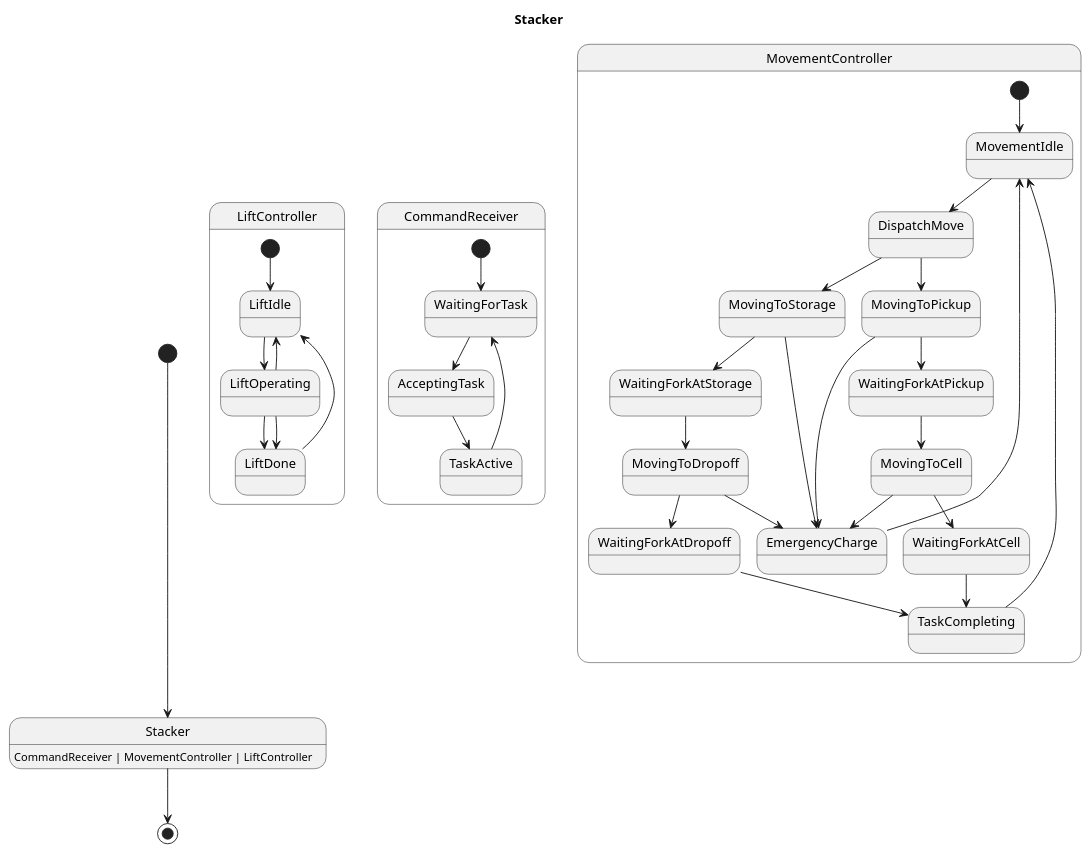
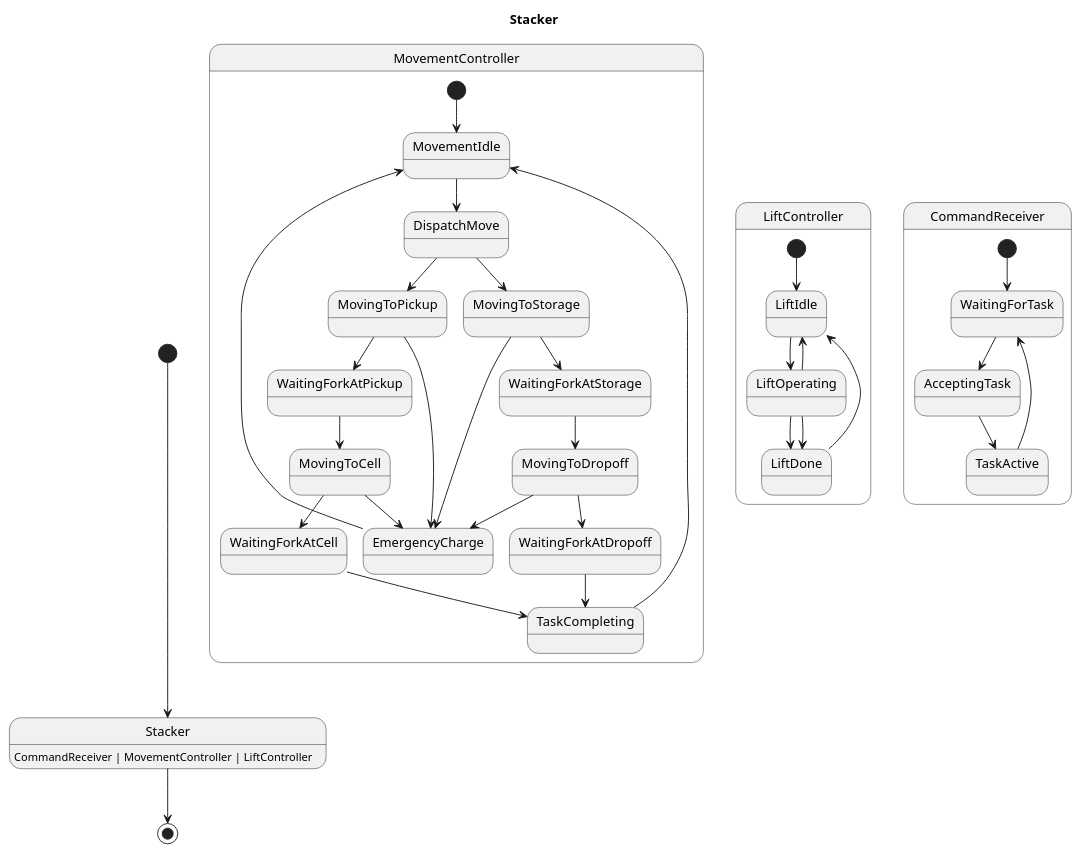
Before and after one commit to Pastor/Takt: the diagram in examples/generated/plantuml/stacker.puml, drawn with PlantUML. The commit also changed other lines of this file and 7 other files, not shown here.

```diff
--- a/examples/generated/plantuml/stacker.puml
+++ b/examples/generated/plantuml/stacker.puml
@@ -1,45 +1,45 @@
 @startuml
 title Stacker
 
 [*] --> Stacker
 Stacker : CommandReceiver | MovementController | LiftController
 Stacker --> [*]
 
+state MovementController {
+    [*] --> MovementIdle
+    TaskCompleting --> MovementIdle
+    WaitingForkAtStorage --> MovingToDropoff
+    MovementIdle --> DispatchMove
+    WaitingForkAtDropoff --> TaskCompleting
+    MovingToCell --> WaitingForkAtCell
+    MovingToCell --> EmergencyCharge
+    WaitingForkAtPickup --> MovingToCell
+    MovingToDropoff --> WaitingForkAtDropoff
+    MovingToDropoff --> EmergencyCharge
+    EmergencyCharge --> MovementIdle
+    MovingToStorage --> WaitingForkAtStorage
+    MovingToStorage --> EmergencyCharge
+    WaitingForkAtCell --> TaskCompleting
+    DispatchMove --> MovingToPickup
+    DispatchMove --> MovingToStorage
+    MovingToPickup --> WaitingForkAtPickup
+    MovingToPickup --> EmergencyCharge
+}
+
 state LiftController {
     [*] --> LiftIdle
+    LiftIdle --> LiftOperating
     LiftOperating --> LiftDone
     LiftOperating --> LiftDone
     LiftOperating --> LiftIdle
-    LiftIdle --> LiftOperating
     LiftDone --> LiftIdle
 }
 
 state CommandReceiver {
     [*] --> WaitingForTask
+    TaskActive --> WaitingForTask
     WaitingForTask --> AcceptingTask
     AcceptingTask --> TaskActive
-    TaskActive --> WaitingForTask
-}
-
-state MovementController {
-    [*] --> MovementIdle
-    EmergencyCharge --> MovementIdle
-    MovingToCell --> WaitingForkAtCell
-    MovingToCell --> EmergencyCharge
-    MovingToDropoff --> WaitingForkAtDropoff
-    MovingToDropoff --> EmergencyCharge
-    MovingToPickup --> WaitingForkAtPickup
-    MovingToPickup --> EmergencyCharge
-    MovementIdle --> DispatchMove
-    WaitingForkAtStorage --> MovingToDropoff
-    WaitingForkAtDropoff --> TaskCompleting
-    TaskCompleting --> MovementIdle
-    DispatchMove --> MovingToPickup
-    DispatchMove --> MovingToStorage
-    WaitingForkAtCell --> TaskCompleting
-    WaitingForkAtPickup --> MovingToCell
-    MovingToStorage --> WaitingForkAtStorage
-    MovingToStorage --> EmergencyCharge
 }
 
 @enduml
```
